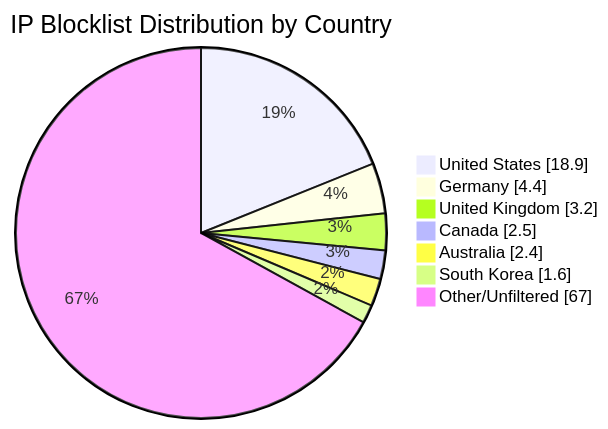
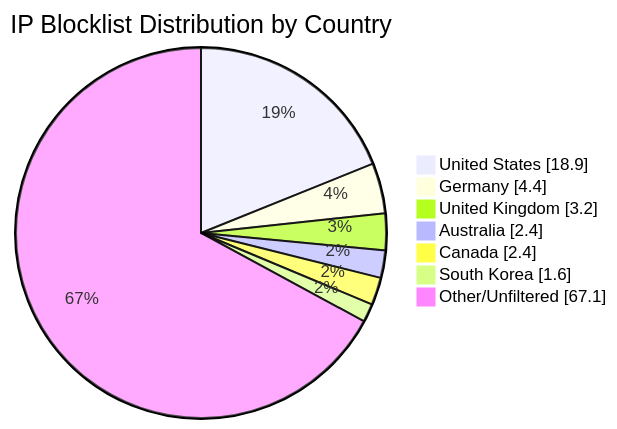
One commit to MarcusHoltz/ipblocklist-geofiltered-aggregator changed the diagram in README.md. Above: the diagram before and after it, drawn with Mermaid. The commit also changed other lines of this file and 9 other files, not shown here.

````diff
--- a/README.md
+++ b/README.md
@@ -34,10 +34,10 @@
 ```mermaid
 pie showData title IP Blocklist Distribution by Country
 "United States" : 18.9
 "Germany" : 4.4
 "United Kingdom" : 3.2
-"Canada" : 2.5
 "Australia" : 2.4
+"Canada" : 2.4
 "South Korea" : 1.6
-"Other/Unfiltered" : 67.0
+"Other/Unfiltered" : 67.1
 ```
````
